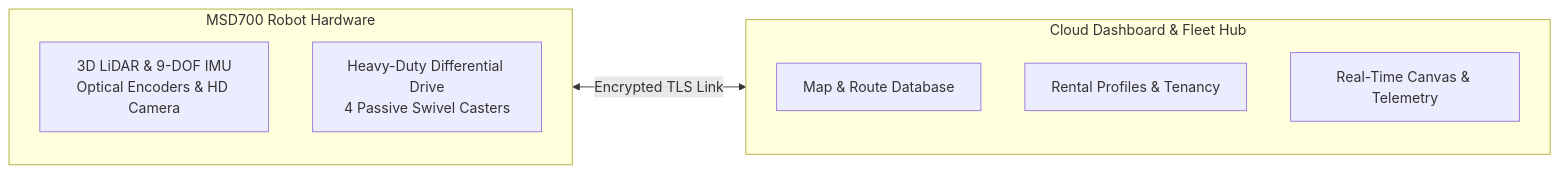
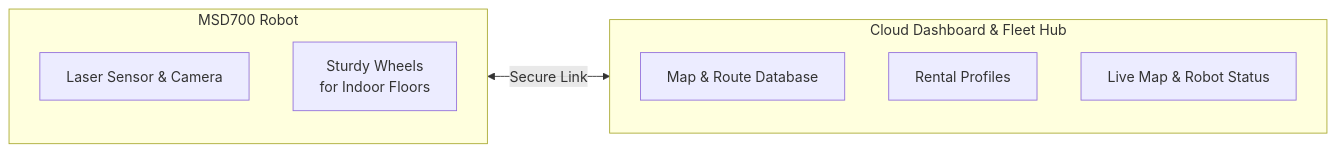
One commit to itbdelaboprogramming/msd700_documentation changed the diagram in docs/id/user-guide/introduction.md. Above: the diagram before and after it, drawn with Mermaid. The commit also changed other lines of this file and 35 other files, not shown here.

````diff
--- a/docs/id/user-guide/introduction.md
+++ b/docs/id/user-guide/introduction.md
@@ -16,15 +16,15 @@
 ```mermaid
 flowchart LR
-  subgraph PhysicalRobot["MSD700 Robot Hardware"]
-    SENSORS["3D LiDAR & 9-DOF IMU<br/>Optical Encoders & HD Camera"]
-    CHASSIS["Heavy-Duty Differential Drive<br/>4 Passive Swivel Casters"]
+  subgraph PhysicalRobot["MSD700 Robot"]
+    SENSORS["Laser Sensor & Camera"]
+    CHASSIS["Sturdy Wheels<br/>for Indoor Floors"]
   end
 
   subgraph CloudPlatform["Cloud Dashboard & Fleet Hub"]
     MAPS["Map & Route Database"]
-    RENTALS["Rental Profiles & Tenancy"]
-    LIVE["Real-Time Canvas & Telemetry"]
+    RENTALS["Rental Profiles"]
+    LIVE["Live Map & Robot Status"]
   end
 
-  PhysicalRobot <-->|"Encrypted TLS Link"| CloudPlatform
+  PhysicalRobot <-->|"Secure Link"| CloudPlatform
 ```
````
